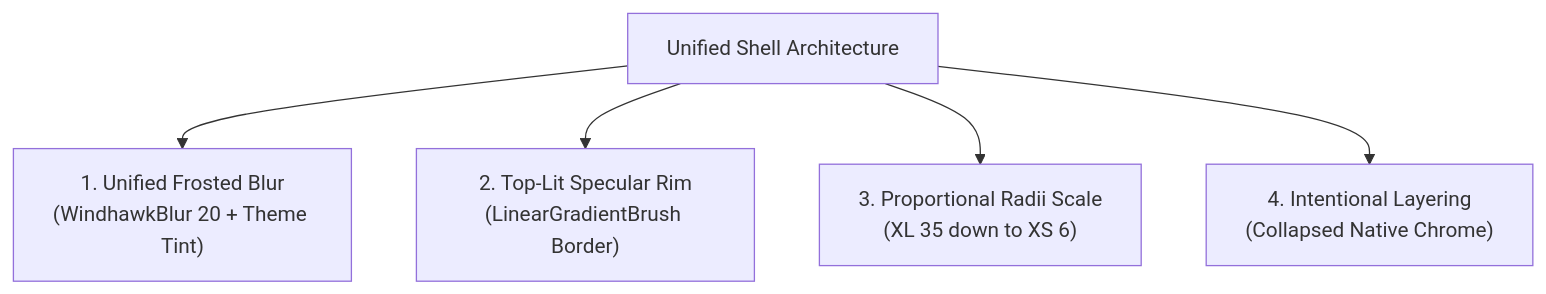
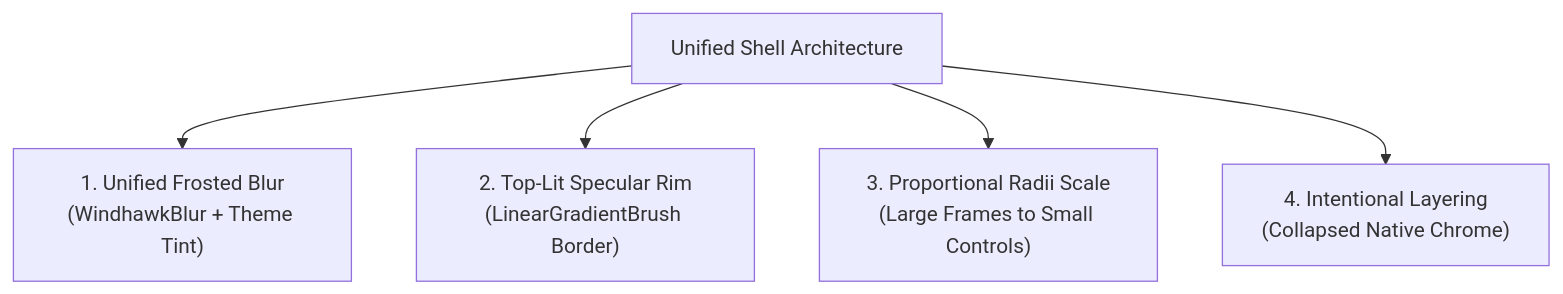
Before and after one commit to HELIX-Origin/Windhawk-Themes: the diagram in docs/_docs/Architecture.md, drawn with Mermaid. The commit also changed other lines of this file and 29 other files, not shown here.

````diff
--- a/docs/_docs/Architecture.md
+++ b/docs/_docs/Architecture.md
@@ -17,8 +17,8 @@
 ```mermaid
 flowchart TD
     Core["Unified Shell Architecture"]
-    Core --> Pillar1["1. Unified Frosted Blur\n(WindhawkBlur 20 + Theme Tint)"]
+    Core --> Pillar1["1. Unified Frosted Blur\n(WindhawkBlur + Theme Tint)"]
     Core --> Pillar2["2. Top-Lit Specular Rim\n(LinearGradientBrush Border)"]
-    Core --> Pillar3["3. Proportional Radii Scale\n(XL 35 down to XS 6)"]
+    Core --> Pillar3["3. Proportional Radii Scale\n(Large Frames to Small Controls)"]
     Core --> Pillar4["4. Intentional Layering\n(Collapsed Native Chrome)"]
 ```
````
